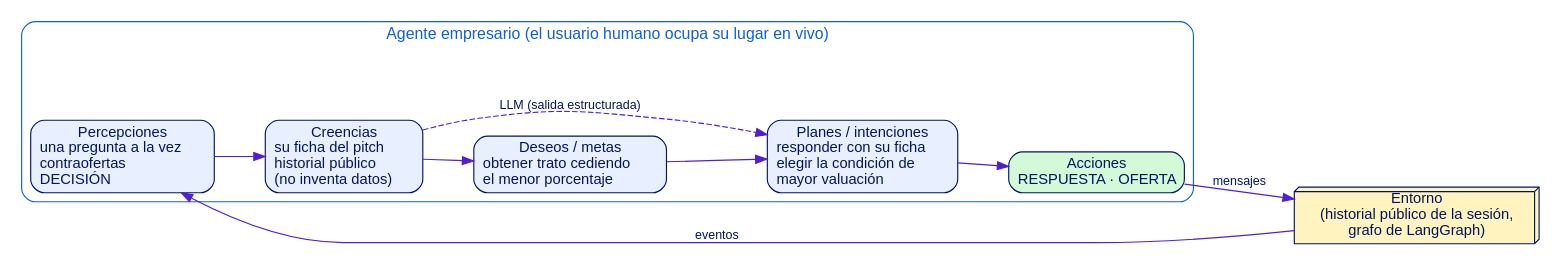
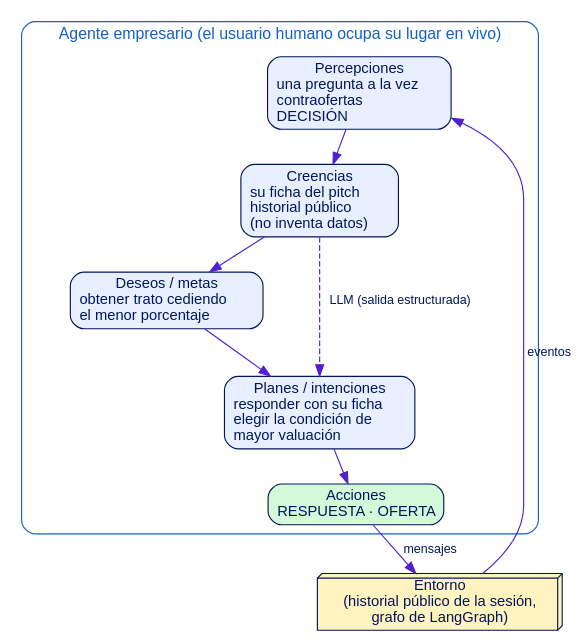
The diagram in docs/figuras/f09b_agente_emprendedor.dot (albertolopezb/NeuralHub), drawn with Graphviz before and after one commit. The commit also changed 23 other files, not shown here.

```diff
--- a/docs/figuras/f09b_agente_emprendedor.dot
+++ b/docs/figuras/f09b_agente_emprendedor.dot
@@ -1,6 +1,6 @@
-digraph G{ bgcolor=white; fontname="Helvetica"; node[fontname="Helvetica",fontsize=13,color="#00165C",fontcolor="#00165C",style="rounded,filled",fillcolor="#E8F0FF",shape=box]; edge[fontname="Helvetica",fontsize=11,color="#4F1FD0",fontcolor="#00165C"]; rankdir=LR; nodesep=.4; ranksep=.6;
+digraph G{ bgcolor=white; fontname="Helvetica"; node[fontname="Helvetica",fontsize=13,color="#00165C",fontcolor="#00165C",style="rounded,filled",fillcolor="#E8F0FF",shape=box]; edge[fontname="Helvetica",fontsize=11,color="#4F1FD0",fontcolor="#00165C"]; rankdir=TB; nodesep=.35; ranksep=.4;
 subgraph cluster_a{label="Agente empresario (el usuario humano ocupa su lugar en vivo)";fontcolor="#1060D0";color="#1060D0";style="rounded";fontname="Helvetica";fontsize=14;
  P[label="Percepciones\nuna pregunta a la vez\lcontraofertas\lDECISIÓN\l"]; B[label="Creencias\nsu ficha del pitch\lhistorial público\l(no inventa datos)\l"]; D[label="Deseos / metas\nobtener trato cediendo\lel menor porcentaje\l"]; I[label="Planes / intenciones\nresponder con su ficha\lelegir la condición de\lmayor valuación\l"]; Ac[label="Acciones\nRESPUESTA · OFERTA\l",fillcolor="#D3F9D8"]; P->B->D->I->Ac;
  B->I[style=dashed,label="LLM (salida estructurada)"];}
 Ent[label="Entorno\n(historial público de la sesión,\ngrafo de LangGraph)",shape=box3d,fillcolor="#FFF3BF"];
 Ent->P[label="eventos"]; Ac->Ent[label="mensajes"];}
```
